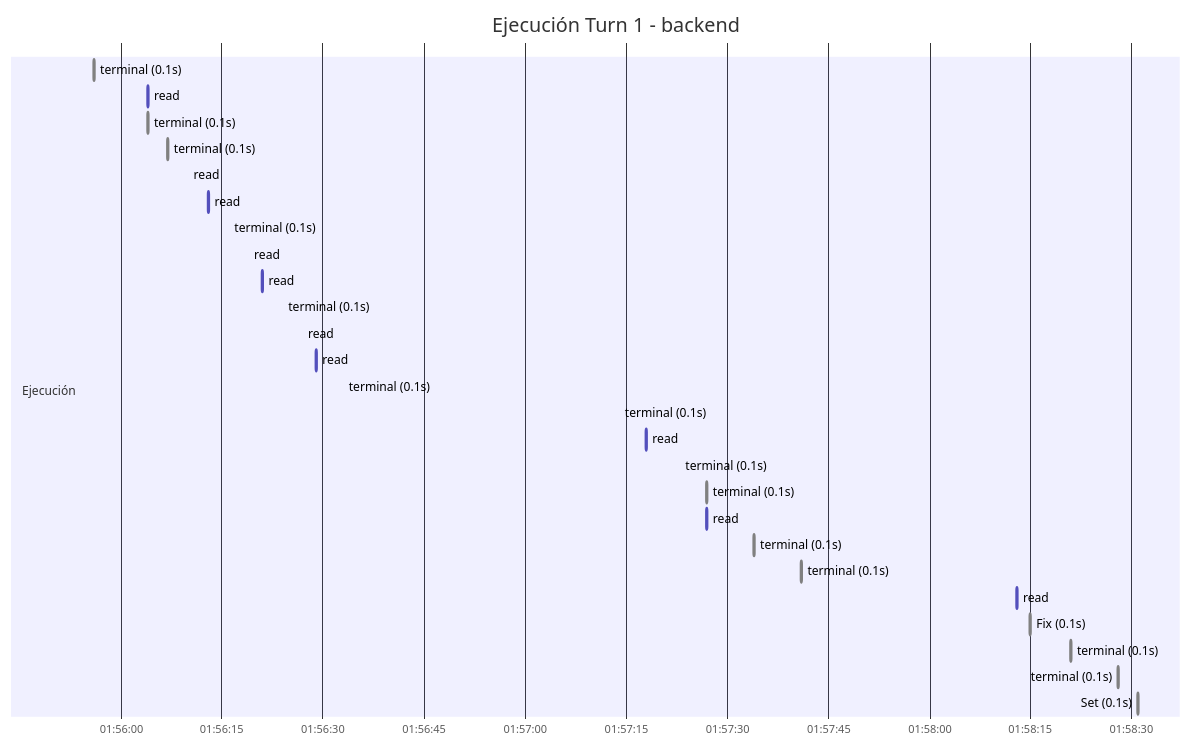
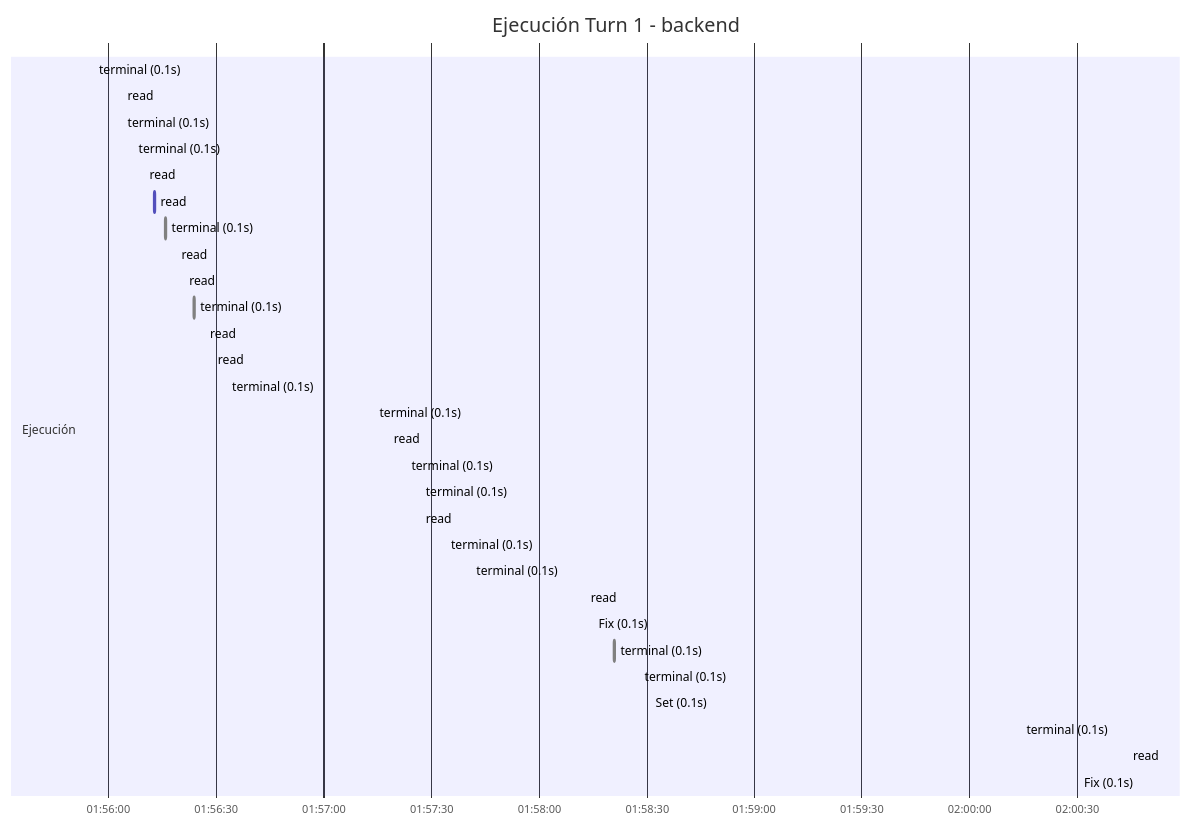
The diagram in .ponytail/traces/2026-07-09_auto_recovered_f8f2807bf34f/backend_f8f2807bf34f.md (luisdalmasso/orquestador-contamela), drawn with Mermaid before and after one commit. The commit also changed other lines of this file, not shown here.

````diff
--- a/.ponytail/traces/2026-07-09_auto_recovered_f8f2807bf34f/backend_f8f2807bf34f.md
+++ b/.ponytail/traces/2026-07-09_auto_recovered_f8f2807bf34f/backend_f8f2807bf34f.md
@@ -153,33 +153,36 @@
 ```mermaid
 gantt
     title Ejecución Turn 1 - backend
     dateFormat  HH:mm:ss
     axisFormat  %H:%M:%S
 
     section Ejecución
     terminal (0.1s)  :done, 01:55:56, 0.1s
     read: (0.1s)  :done, 01:56:04, 0.1s
     terminal (0.1s)  :done, 01:56:04, 0.1s
     terminal (0.1s)  :done, 01:56:07, 0.1s
     read: (0.1s)  :done, 01:56:10, 0.1s
     read: (0.1s)  :done, 01:56:13, 0.1s
     terminal (0.1s)  :done, 01:56:16, 0.1s
     read: (0.1s)  :done, 01:56:19, 0.1s
     read: (0.1s)  :done, 01:56:21, 0.1s
     terminal (0.1s)  :done, 01:56:24, 0.1s
     read: (0.1s)  :done, 01:56:27, 0.1s
     read: (0.1s)  :done, 01:56:29, 0.1s
     terminal (0.1s)  :done, 01:56:33, 0.1s
     terminal (0.1s)  :done, 01:57:14, 0.1s
     read: (0.1s)  :done, 01:57:18, 0.1s
     terminal (0.1s)  :done, 01:57:23, 0.1s
     terminal (0.1s)  :done, 01:57:27, 0.1s
     read: (0.1s)  :done, 01:57:27, 0.1s
     terminal (0.1s)  :done, 01:57:34, 0.1s
     terminal (0.1s)  :done, 01:57:41, 0.1s
     read: (0.1s)  :done, 01:58:13, 0.1s
     Fix (0.1s)  :done, 01:58:15, 0.1s
     terminal (0.1s)  :done, 01:58:21, 0.1s
     terminal (0.1s)  :done, 01:58:28, 0.1s
     Set (0.1s)  :done, 01:58:31, 0.1s
+    terminal (0.1s)  :done, 02:00:40, 0.1s
+    read: (0.1s)  :done, 02:00:44, 0.1s
+    Fix (0.1s)  :done, 02:00:47, 0.1s
 ```
````
